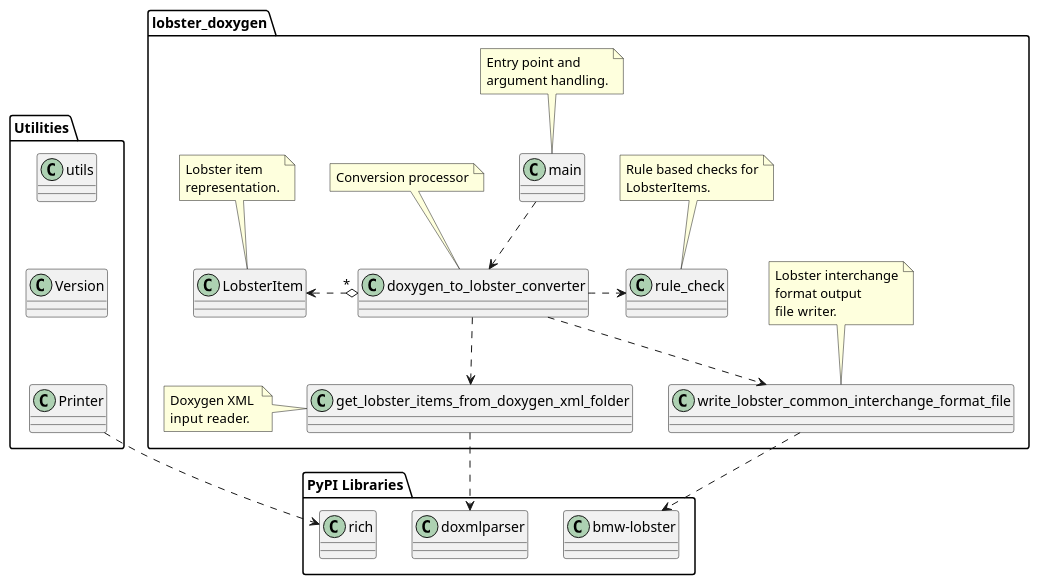
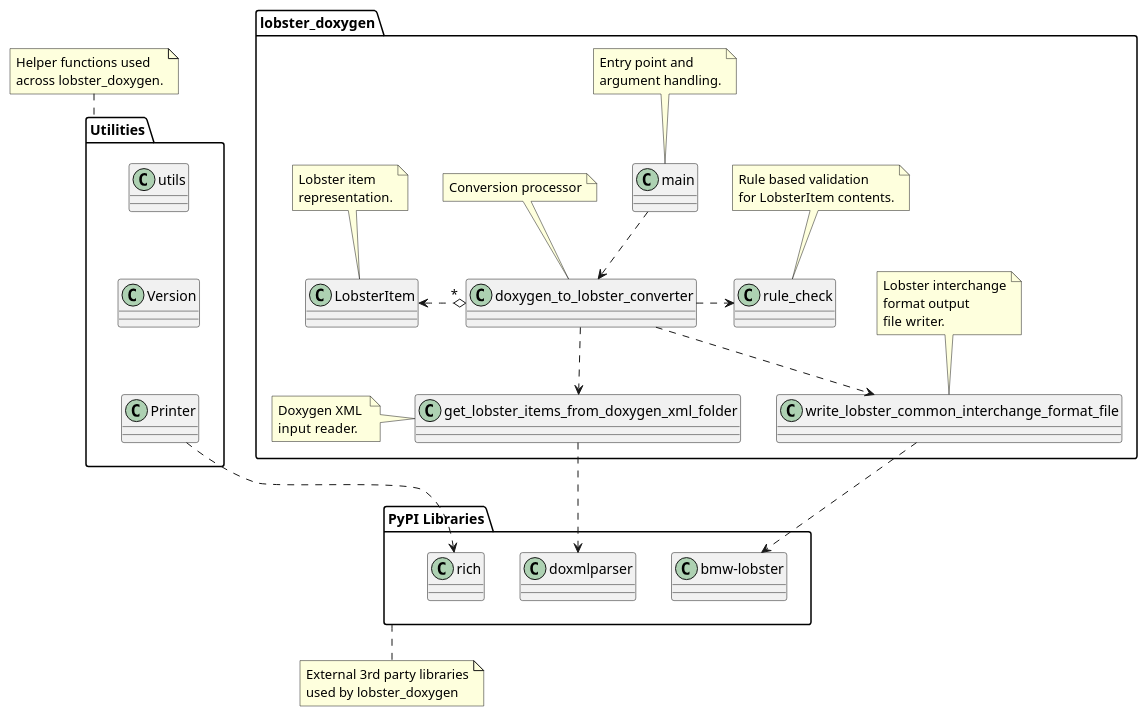
Before and after one commit to NewTec-GmbH/lobster-doxygen: the diagram in doc/architecture/class_diagram.puml, drawn with PlantUML.

Commit message:
doc: improve class diagram comments

```diff
--- a/doc/architecture/class_diagram.puml
+++ b/doc/architecture/class_diagram.puml
@@ -1,102 +1,96 @@
 @startuml class_diagram
 
-' Setting ''''''''''''''''''''''''''''''''''''''''''''''''''''''''''''''''''''''''''''''''''''''''''
+package "PyPI Libraries" {
+    class bmw-lobster     
+    class doxmlparser 
+    class rich 
+}
 
-' Components '''''''''''''''''''''''''''''''''''''''''''''''''''''''''''''''''''''''''''''''''''''''
-
-
-package "PyPI Libraries" {
-    class bmw-lobster {
-
-    }
-
-    class doxmlparser {
-
-    }
-
-    class rich {
-      
-    }
-}
+note bottom of "PyPI Libraries"
+    External 3rd party libraries
+    used by lobster_doxygen
+end note
 
 package lobster_doxygen {
     class main {
 
     } 
 
     note top of main
         Entry point and
         argument handling.
     end note
 
     class "doxygen_to_lobster_converter" as converter {
     }
 
     note top of converter
         Conversion processor
     end note
 
     class "write_lobster_common_interchange_format_file" as writer {
 
     }
 
     note top of writer
         Lobster interchange
         format output
         file writer.
     end note
 
     class "get_lobster_items_from_doxygen_xml_folder" as reader {
     }
 
 
     note left of reader
         Doxygen XML 
         input reader.
     end note
     class "rule_check" as checker{
 
     }
 
     note top of checker
-        Rule based checks for
-        LobsterItems.
+        Rule based validation
+        for LobsterItem contents.
     end note
 
     class LobsterItem {
 
     }
 
         note top of LobsterItem
         Lobster item
         representation.
     end note
 
 }
 
 package Utilities {
-        class Printer {
-        }
+ 
+    class Printer    
+    class Version     
+    class utils 
+    
+    utils .d[hidden].> Version
+    Version .d[hidden].> Printer
+}
 
-        class Version {
-        }
-
-        class utils 
-
-        utils .d[hidden].> Version
-        Version .d[hidden].> Printer
-    }
-' Flows ''''''''''''''''''''''''''''''''''''''''''''''''''''''''''''''''''''''''''''''''''''''''''''
+note top of Utilities
+    Helper functions used
+    across lobster_doxygen.
+end note
 
 
 main .d.> converter
 converter .d.> reader
 converter .d.> writer
 converter .r.> checker
 converter "*" o.l.> LobsterItem 
 
 reader .d.> doxmlparser
 writer .d.> "bmw-lobster"
 
 Printer .d.> rich
+
 @enduml
```
